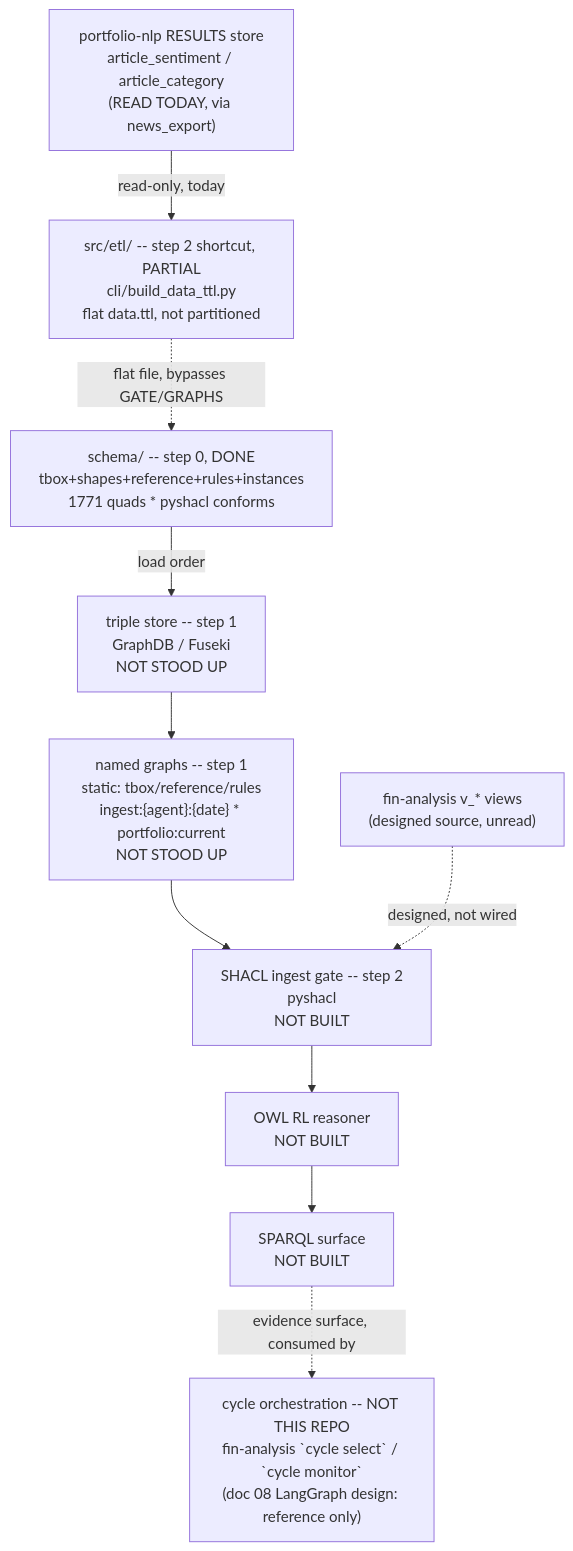
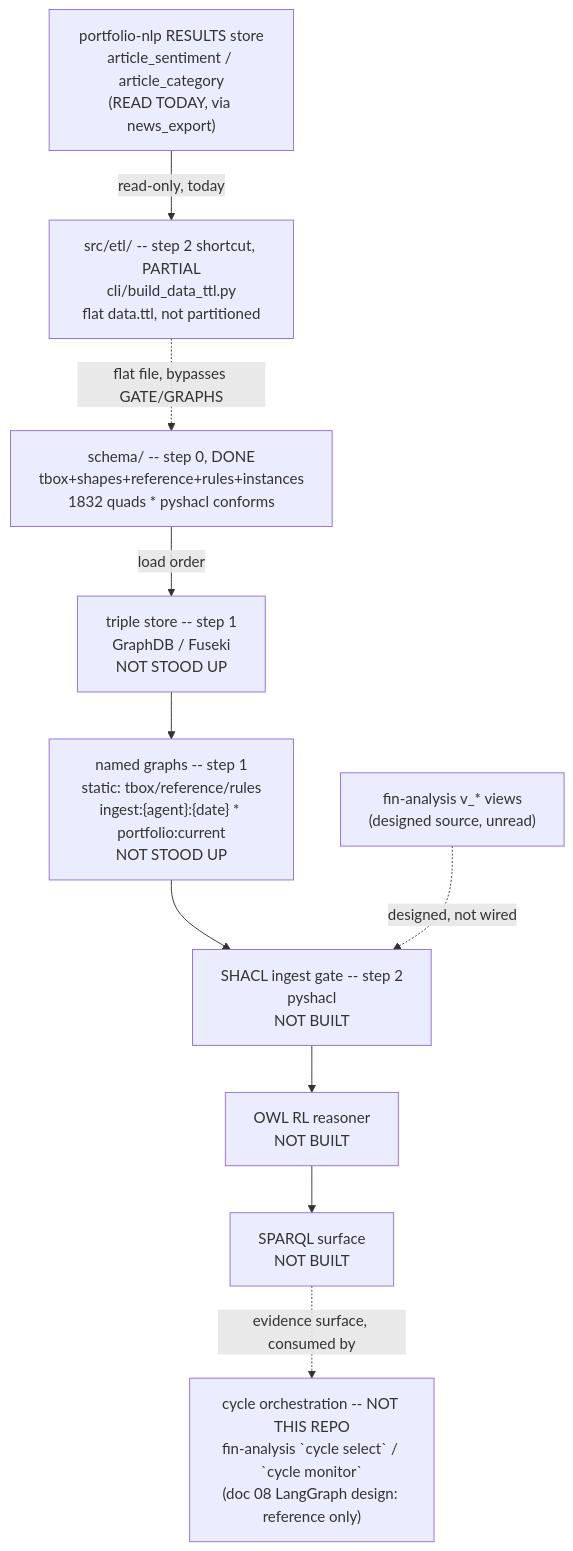
One commit to gamug/portfolio-knowledge-graph changed the diagram in .specify/memory/SPEC.md. Above: the diagram before and after it, drawn with Mermaid. The commit also changed other lines of this file and 11 other files, not shown here.

Commit message:
feat(schema): model DataQualityIssue as evidence for the DATA_QUALITY veto (T-104)

````diff
--- a/.specify/memory/SPEC.md
+++ b/.specify/memory/SPEC.md
@@ -298,20 +298,20 @@
 ```mermaid
 flowchart TB
-    SCHEMA["schema/ -- step 0, DONE<br/>tbox+shapes+reference+rules+instances<br/>1771 quads * pyshacl conforms"]
+    SCHEMA["schema/ -- step 0, DONE<br/>tbox+shapes+reference+rules+instances<br/>1832 quads * pyshacl conforms"]
     STORE["triple store -- step 1<br/>GraphDB / Fuseki<br/>NOT STOOD UP"]
     GRAPHS["named graphs -- step 1<br/>static: tbox/reference/rules<br/>ingest:{agent}:{date} * portfolio:current<br/>NOT STOOD UP"]
     GATE["SHACL ingest gate -- step 2<br/>pyshacl<br/>NOT BUILT"]
     FIN["fin-analysis v_* views<br/>(designed source, unread)"]
     NLPRES["portfolio-nlp RESULTS store<br/>article_sentiment / article_category<br/>(READ TODAY, via news_export)"]
     ETL["src/etl/ -- step 2 shortcut, PARTIAL<br/>cli/build_data_ttl.py<br/>flat data.ttl, not partitioned"]
     REASON["OWL RL reasoner<br/>NOT BUILT"]
     SPARQL["SPARQL surface<br/>NOT BUILT"]
     AGENTS["cycle orchestration -- NOT THIS REPO<br/>fin-analysis `cycle select` / `cycle monitor`<br/>(doc 08 LangGraph design: reference only)"]
 
     SCHEMA -->|load order| STORE --> GRAPHS --> GATE
     FIN -.->|designed, not wired| GATE
     NLPRES -->|read-only, today| ETL
     ETL -.->|flat file, bypasses GATE/GRAPHS| SCHEMA
     GATE --> REASON --> SPARQL
     SPARQL -.->|evidence surface, consumed by| AGENTS
 ```
````
